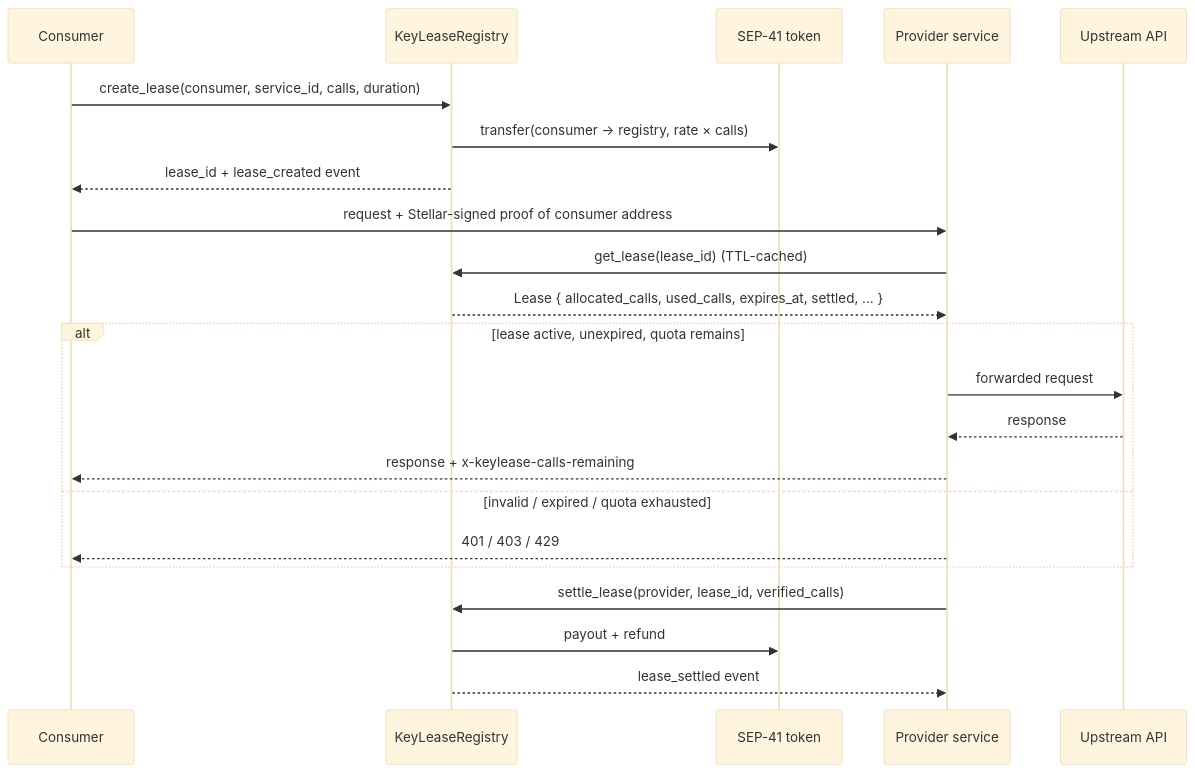
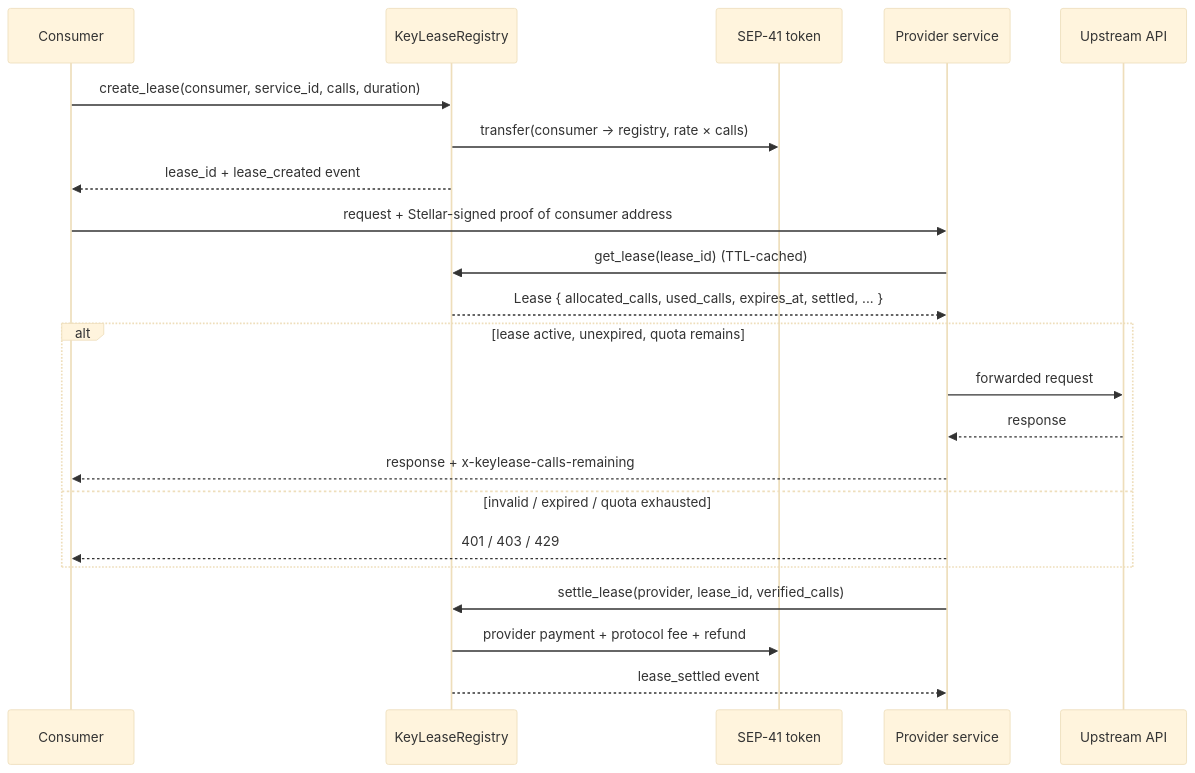
One commit to KeyLease-Security/keylease-core changed the second of 2 diagrams in docs/architecture.md. Above: the diagram before and after it, drawn with Mermaid (base theme). The commit also changed other lines of this file and 18 other files, not shown here.

````diff
--- a/docs/architecture.md
+++ b/docs/architecture.md
@@ -75,25 +79,25 @@
 ```mermaid
 sequenceDiagram
     participant C as Consumer
     participant R as KeyLeaseRegistry
     participant T as SEP-41 token
     participant P as Provider service
     participant U as Upstream API
 
     C->>R: create_lease(consumer, service_id, calls, duration)
     R->>T: transfer(consumer → registry, rate × calls)
     R-->>C: lease_id + lease_created event
     C->>P: request + Stellar-signed proof of consumer address
     P->>R: get_lease(lease_id)   (TTL-cached)
     R-->>P: Lease { allocated_calls, used_calls, expires_at, settled, ... }
     alt lease active, unexpired, quota remains
         P->>U: forwarded request
         U-->>P: response
         P-->>C: response + x-keylease-calls-remaining
     else invalid / expired / quota exhausted
         P-->>C: 401 / 403 / 429
     end
     P->>R: settle_lease(provider, lease_id, verified_calls)
-    R->>T: payout + refund
+    R->>T: provider payment + protocol fee + refund
     R-->>P: lease_settled event
 ```
````
